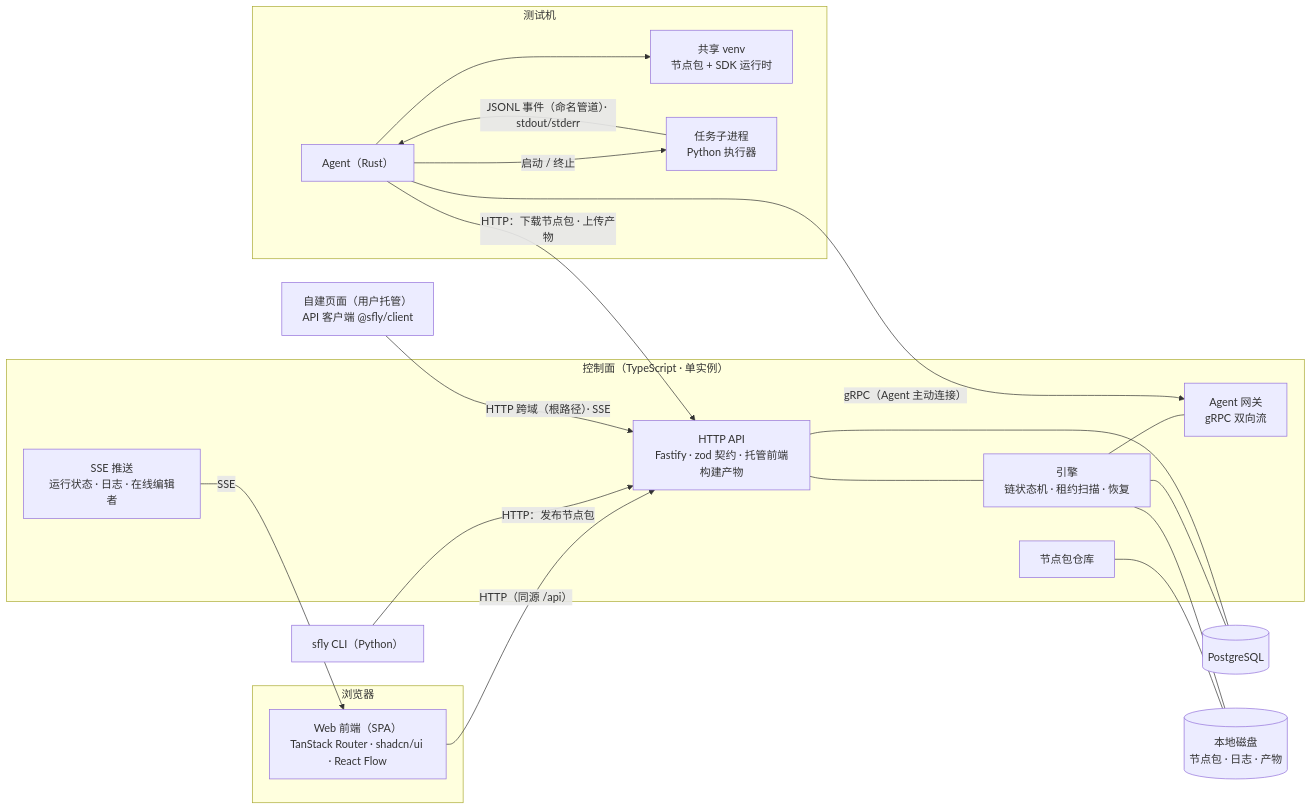
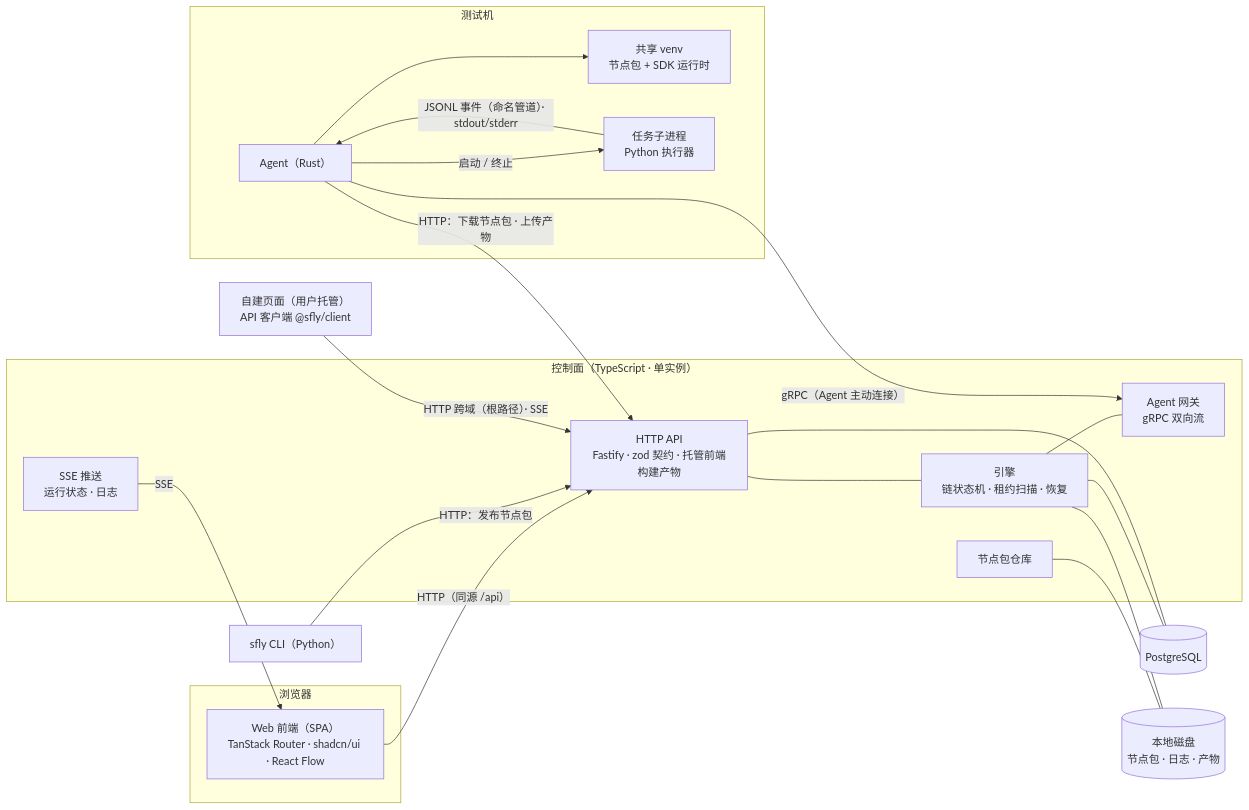
The first of 2 diagrams in docs/ARCHITECTURE.md (x7yue/sfly), drawn with Mermaid before and after one commit. The commit also changed other lines of this file and 36 other files, not shown here.

````diff
--- a/docs/ARCHITECTURE.md
+++ b/docs/ARCHITECTURE.md
@@ -37,38 +37,38 @@
 ```mermaid
 flowchart LR
   subgraph Browser["浏览器"]
     WEB["Web 前端（SPA）<br/>TanStack Router · shadcn/ui · React Flow"]
   end
   subgraph CP["控制面（TypeScript · 单实例）"]
     API["HTTP API<br/>Fastify · zod 契约 · 托管前端构建产物"]
-    SSE["SSE 推送<br/>运行状态 · 日志 · 在线编辑者"]
+    SSE["SSE 推送<br/>运行状态 · 日志"]
     ENG["引擎<br/>链状态机 · 租约扫描 · 恢复"]
     GW["Agent 网关<br/>gRPC 双向流"]
     REPO["节点包仓库"]
   end
   PG[("PostgreSQL")]
   DISK[("本地磁盘<br/>节点包 · 日志 · 产物")]
   subgraph Host["测试机"]
     AG["Agent（Rust）"]
     VENV["共享 venv<br/>节点包 + SDK 运行时"]
     PROC["任务子进程<br/>Python 执行器"]
   end
   CLI["sfly CLI（Python）"]
   PAGE["自建页面（用户托管）<br/>API 客户端 @sfly/client"]
 
   WEB -- "HTTP（同源 /api）" --> API
   SSE -- SSE --> WEB
   API --- ENG
   ENG --- GW
   ENG --- PG
   API --- PG
   REPO --- DISK
   ENG --- DISK
   AG -- "gRPC（Agent 主动连接）" --> GW
   AG -- "HTTP：下载节点包 · 上传产物" --> API
   AG --> VENV
   AG -- "启动 / 终止" --> PROC
   PROC -- "JSONL 事件（命名管道）· stdout/stderr" --> AG
   CLI -- "HTTP：发布节点包" --> API
   PAGE -- "HTTP 跨域（根路径）· SSE" --> API
 ```
````
